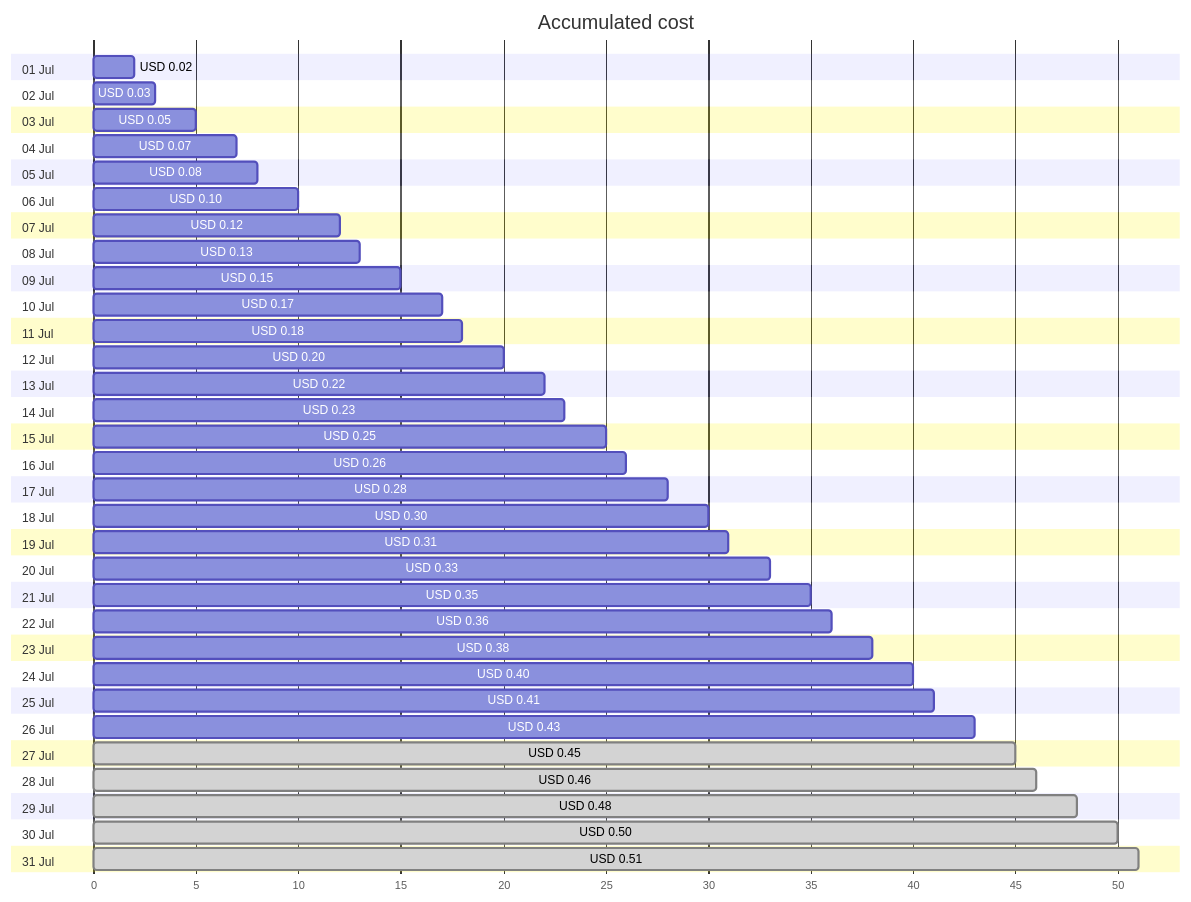
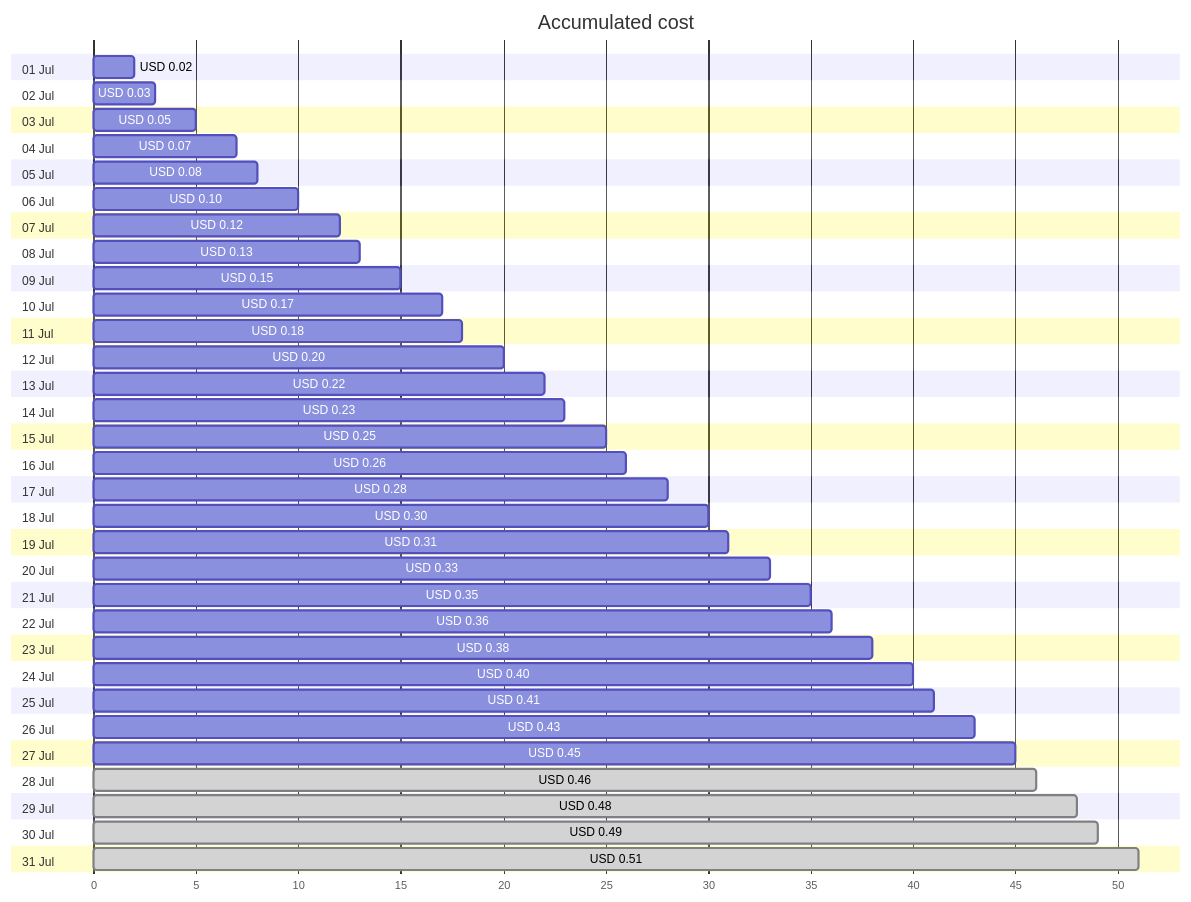
One commit to jpfulton/azure-personal-reports changed the first of 4 diagrams in cost-reports/personal-dns/jpatrickfulton.dev.md. Above: the diagram before and after it, drawn with Mermaid. The commit also changed other lines of this file and 2 other files, not shown here.

````diff
--- a/cost-reports/personal-dns/jpatrickfulton.dev.md
+++ b/cost-reports/personal-dns/jpatrickfulton.dev.md
@@ -20,68 +20,68 @@
 ```mermaid
 gantt
    title Accumulated cost
    dateFormat  X
    axisFormat %s
    section 01 Jul
    USD 0.02 :0, 2
    section 02 Jul
    USD 0.03 :0, 3
    section 03 Jul
    USD 0.05 :0, 5
    section 04 Jul
    USD 0.07 :0, 7
    section 05 Jul
    USD 0.08 :0, 8
    section 06 Jul
    USD 0.10 :0, 10
    section 07 Jul
    USD 0.12 :0, 12
    section 08 Jul
    USD 0.13 :0, 13
    section 09 Jul
    USD 0.15 :0, 15
    section 10 Jul
    USD 0.17 :0, 17
    section 11 Jul
    USD 0.18 :0, 18
    section 12 Jul
    USD 0.20 :0, 20
    section 13 Jul
    USD 0.22 :0, 22
    section 14 Jul
    USD 0.23 :0, 23
    section 15 Jul
    USD 0.25 :0, 25
    section 16 Jul
    USD 0.26 :0, 26
    section 17 Jul
    USD 0.28 :0, 28
    section 18 Jul
    USD 0.30 :0, 30
    section 19 Jul
    USD 0.31 :0, 31
    section 20 Jul
    USD 0.33 :0, 33
    section 21 Jul
    USD 0.35 :0, 35
    section 22 Jul
    USD 0.36 :0, 36
    section 23 Jul
    USD 0.38 :0, 38
    section 24 Jul
    USD 0.40 :0, 40
    section 25 Jul
    USD 0.41 :0, 41
    section 26 Jul
    USD 0.43 :0, 43
    section 27 Jul
-   USD 0.45 : done, 0, 45
+   USD 0.45 :0, 45
    section 28 Jul
    USD 0.46 : done, 0, 46
    section 29 Jul
    USD 0.48 : done, 0, 48
    section 30 Jul
-   USD 0.50 : done, 0, 50
+   USD 0.49 : done, 0, 49
    section 31 Jul
    USD 0.51 : done, 0, 51
 ```
````
